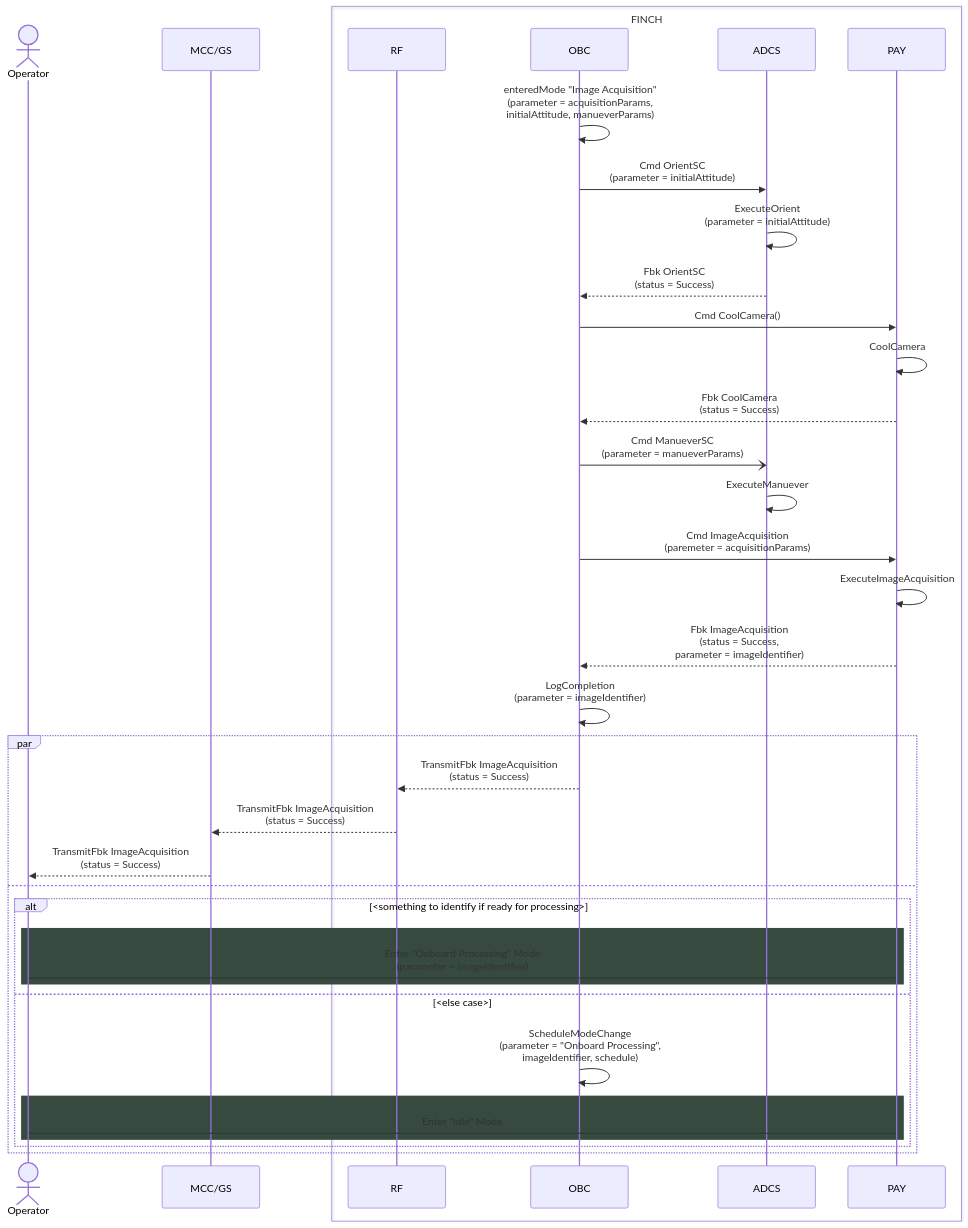
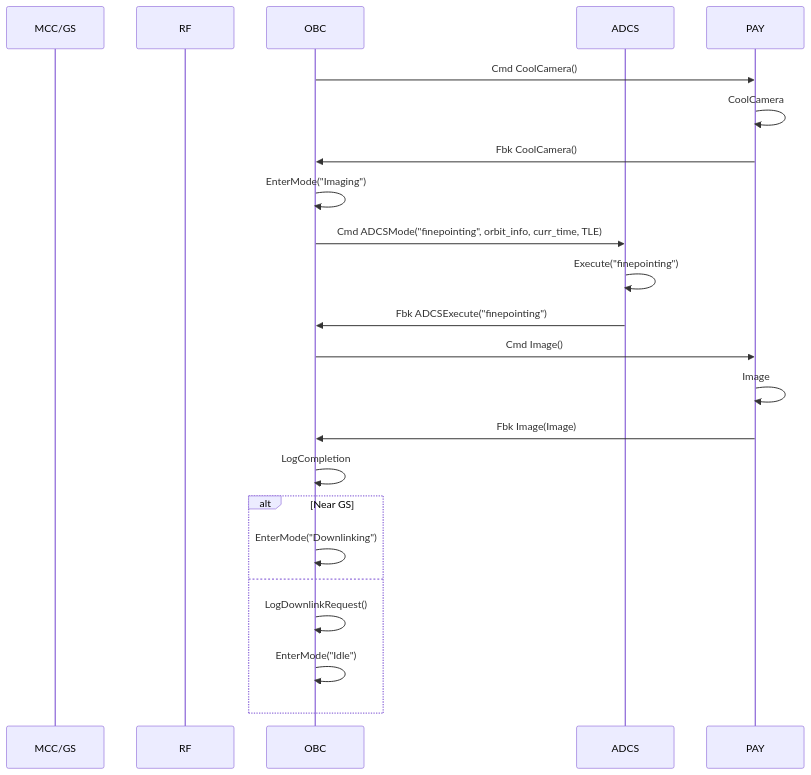
The diagram in command sequences/acquisition-command.md (Addy-lit/FINCH-system-architecture), drawn with Mermaid before and after one commit. The commit also changed other lines of this file, not shown here.

Commit message:
Updated Imaging command sequence
Addison L

````diff
--- a/command sequences/acquisition-command.md
+++ b/command sequences/acquisition-command.md
@@ -2,47 +2,27 @@
 ```mermaid
 sequenceDiagram
-    Actor Operator
     participant MCC/GS
-    box FINCH
-        participant RF
-        participant OBC
-        participant ADCS
-        participant PAY
-    end
+    participant RF
+    participant OBC
+    participant ADCS
+    participant PAY
 
-    OBC ->> OBC: enteredMode "Image Acquisition" <br> (parameter = acquisitionParams, <br> initialAttitude, manueverParams)
-
-        OBC ->> ADCS: Cmd OrientSC <br> (parameter = initialAttitude)
-        ADCS ->> ADCS: ExecuteOrient <br> (parameter = initialAttitude)
-        ADCS -->> OBC: Fbk OrientSC <br> (status = Success)
         OBC ->> PAY: Cmd CoolCamera()
         PAY ->> PAY: CoolCamera
+        PAY ->> OBC: Fbk CoolCamera()
+        OBC ->> OBC: EnterMode("Imaging")
+        OBC ->> ADCS: Cmd ADCSMode("finepointing", orbit_info, curr_time, TLE)
+        ADCS ->> ADCS: Execute("finepointing")
+        ADCS ->> OBC: Fbk ADCSExecute("finepointing")
+        OBC ->> PAY: Cmd Image()
+        PAY ->> PAY: Image
+        PAY ->> OBC: Fbk Image(Image)
+        OBC ->> OBC: LogCompletion
 
-        PAY -->> OBC: Fbk CoolCamera <br> (status = Success)
-
-        OBC -) ADCS: Cmd ManueverSC <br> (parameter = manueverParams)
-        ADCS ->> ADCS: ExecuteManuever
-        OBC ->> PAY: Cmd ImageAcquisition <br> (paremeter = acquisitionParams)
-        PAY ->> PAY: ExecuteImageAcquisition
-        PAY -->> OBC: Fbk ImageAcquisition <br> (status = Success, <br> parameter = imageIdentifier)
-        OBC ->> OBC: LogCompletion <br> (parameter = imageIdentifier)
-
-        par
-            OBC -->> RF: TransmitFbk ImageAcquisition <br> (status = Success)
-            RF -->> MCC/GS: TransmitFbk ImageAcquisition <br> (status = Success)
-            MCC/GS -->> Operator: TransmitFbk ImageAcquisition <br> (status = Success)
-        and
-
-            alt <something to identify if ready for processing>
-                rect rgb(54,74,63)
-                    Operator -> PAY: Enter "Onboard Processing" Mode <br> (parameter = imageIdentifier)
-                end
-            else <else case>
-                OBC ->> OBC: ScheduleModeChange <br> (parameter = "Onboard Processing", <br> imageIdentifier, schedule)
-                rect rgb(54,74,63)
-                    Operator -> PAY: Enter "Idle" Mode
-                end
+        alt Near GS
+            OBC ->> OBC: EnterMode("Downlinking")
+        else
+            OBC ->> OBC: LogDownlinkRequest()
+            OBC ->> OBC: EnterMode("Idle")
             end
-        end
-
 ```
````
